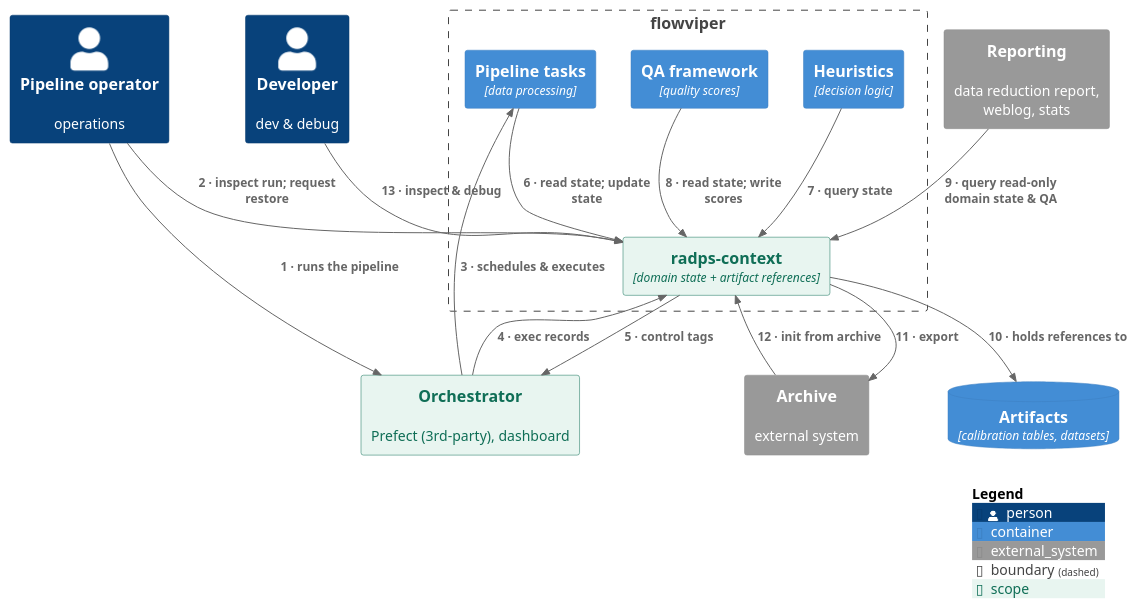
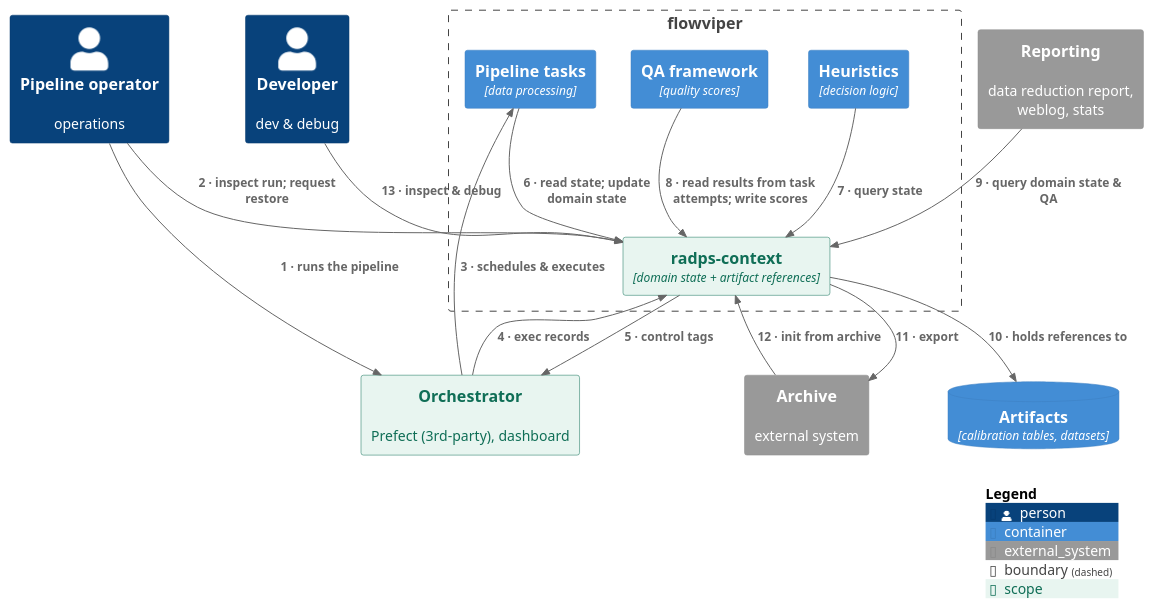
One commit to casangi/radps-context changed the diagram in docs/diagrams/system_context_diagram.puml. Above: the diagram before and after it, drawn with PlantUML. The commit also changed 1 other file, not shown here.

Commit message:
Update phrasing and add connection between reporting and radps-context

```diff
--- a/docs/diagrams/system_context_diagram.puml
+++ b/docs/diagrams/system_context_diagram.puml
@@ -1,41 +1,41 @@
 @startuml
 !include https://raw.githubusercontent.com/plantuml-stdlib/C4-PlantUML/master/C4_Container.puml
 
 ' --- tags ---
 AddElementTag("scope", $bgColor="#E8F5F0", $borderColor="#0F6E56", $fontColor="#0F6E56")
 AddElementTag("build", $bgColor="#B8E0D2", $borderColor="#0F6E56")
 
 Person(operator, "Pipeline operator", "operations")
 Person(developer, "Developer", "dev & debug")
 
 System_Ext(orchestrator, "Orchestrator", "Prefect (3rd-party), dashboard", $tags="scope")
 System_Ext(reporting, "Reporting", "data reduction report, weblog, stats")
 System_Ext(archive, "Archive", "external system")
 
 Boundary(pipeline, "flowviper") {
   Container(radps_context, "radps-context", "domain state + artifact references", $tags="scope+build")
   Container(tasks, "Pipeline tasks", "data processing")
   Container(heuristics, "Heuristics", "decision logic")
   Container(qa, "QA framework", "quality scores")
 }
 ContainerDb(artifacts, "Artifacts", "calibration tables, datasets")
 
 
 '--- relationships ---
 Rel(operator, orchestrator, "1 · runs the pipeline")
 Rel(operator, radps_context, "2 · inspect run; request restore")
 Rel(orchestrator, tasks, "3 · schedules & executes")
 Rel_U(orchestrator, radps_context, "4 · exec records")
 Rel(radps_context, orchestrator, "5 · control tags")
-Rel(tasks, radps_context, "6 · read state; update state")
+Rel(tasks, radps_context, "6 · read state; update domain state")
 Rel(heuristics, radps_context, "7 · query state")
-Rel(qa, radps_context, "8 · read state; write scores")
-Rel(reporting, radps_context, "9 · query read-only domain state & QA")
+Rel(qa, radps_context, "8 · read results from task attempts; write scores")
+Rel(reporting, radps_context, "9 · query domain state & QA")
 Rel(radps_context, artifacts, "10 · holds references to")
 Rel(radps_context, archive, "11 · export")
 Rel(archive, radps_context, "12 · init from archive")
 Rel(developer, radps_context, "13 · inspect & debug")
 
 SHOW_LEGEND()
 
 @enduml
```
